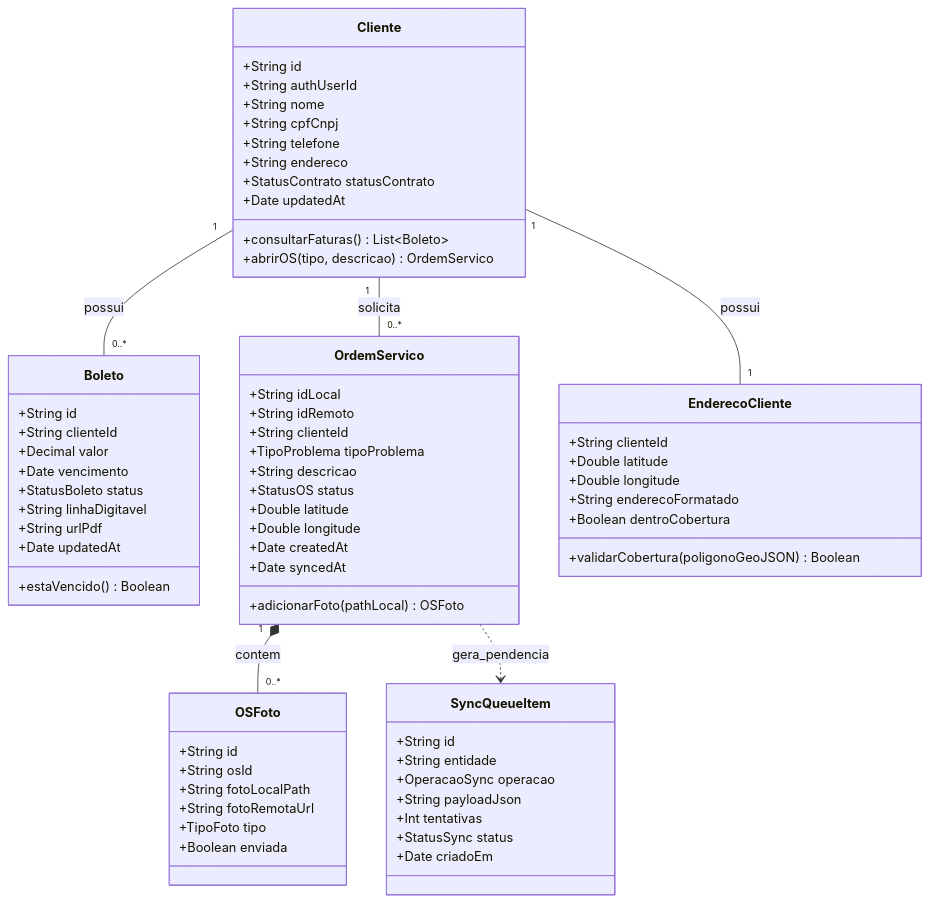
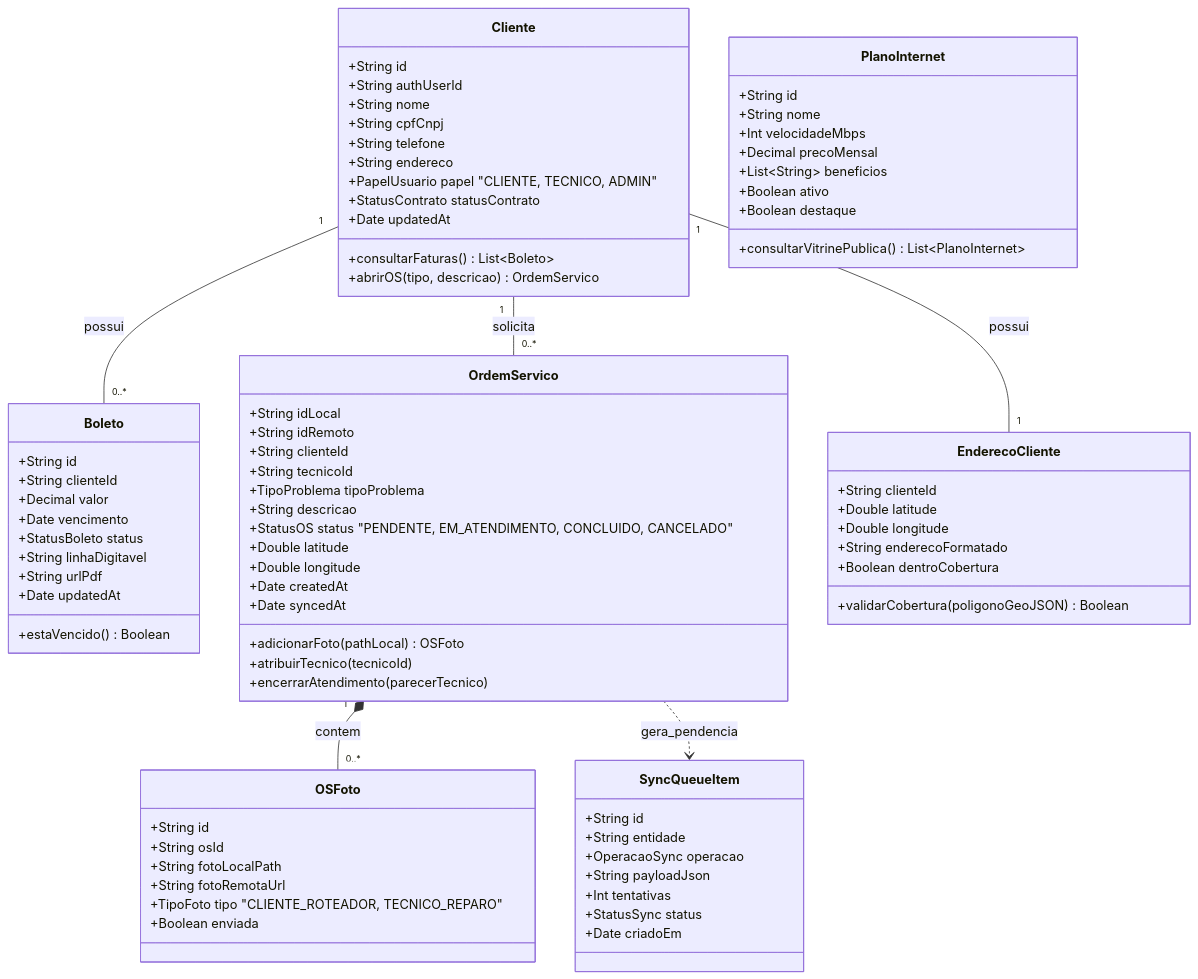
Before and after one commit to jmarques029/APPCJNET: the third of 9 diagrams in docs/proposta-design-software-cjnet.md, drawn with Mermaid. The commit also changed other lines of this file, not shown here.

Commit message:
docs: acrescentar aba admin, aba tecnico e vitrine de planos na tela de login

```diff
--- a/docs/proposta-design-software-cjnet.md
+++ b/docs/proposta-design-software-cjnet.md
@@ -162,10 +221,22 @@
         +String cpfCnpj
         +String telefone
         +String endereco
+        +PapelUsuario papel "CLIENTE, TECNICO, ADMIN"
         +StatusContrato statusContrato
         +Date updatedAt
         +consultarFaturas() List~Boleto~
         +abrirOS(tipo, descricao) OrdemServico
+    }
+
+    class PlanoInternet {
+        +String id
+        +String nome
+        +Int velocidadeMbps
+        +Decimal precoMensal
+        +List~String~ beneficios
+        +Boolean ativo
+        +Boolean destaque
+        +consultarVitrinePublica() List~PlanoInternet~
     }
 
     class Boleto {
@@ -184,14 +255,17 @@
         +String idLocal
         +String idRemoto
         +String clienteId
+        +String tecnicoId
         +TipoProblema tipoProblema
         +String descricao
-        +StatusOS status
+        +StatusOS status "PENDENTE, EM_ATENDIMENTO, CONCLUIDO, CANCELADO"
         +Double latitude
         +Double longitude
         +Date createdAt
         +Date syncedAt
         +adicionarFoto(pathLocal) OSFoto
+        +atribuirTecnico(tecnicoId)
+        +encerrarAtendimento(parecerTecnico)
     }
 
     class OSFoto {
@@ -199,7 +273,7 @@
         +String osId
         +String fotoLocalPath
         +String fotoRemotaUrl
-        +TipoFoto tipo
+        +TipoFoto tipo "CLIENTE_ROTEADOR, TECNICO_REPARO"
         +Boolean enviada
     }
 
```
